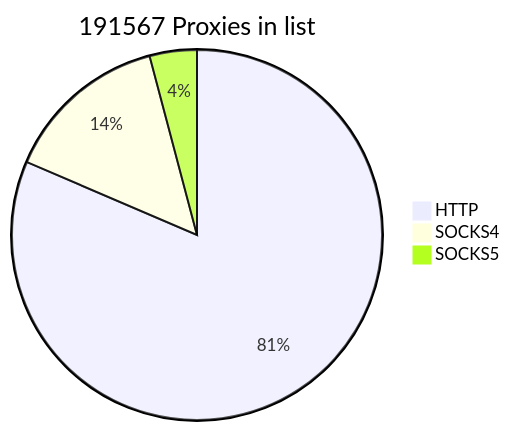
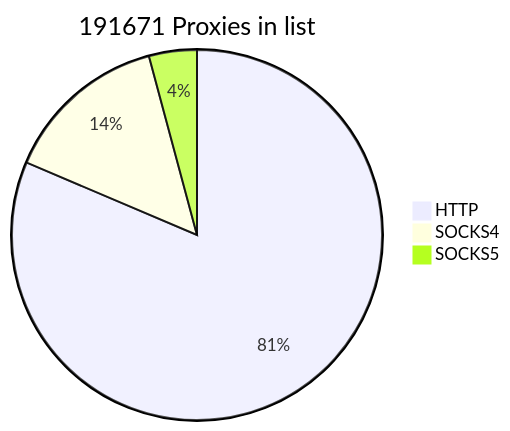
Before and after one commit to cutipu/proxylist: the first of 2 diagrams in README.md, drawn with Mermaid. The commit also changed other lines of this file, not shown here.

````diff
--- a/README.md
+++ b/README.md
@@ -2,7 +2,7 @@
 ```mermaid
-pie title 191567 Proxies in list
-    "HTTP" : 156027
-    "SOCKS4" : 27648
-    "SOCKS5" : 7892
+pie title 191671 Proxies in list
+    "HTTP" : 156021
+    "SOCKS4" : 27638
+    "SOCKS5" : 8012
             
 ```
````
